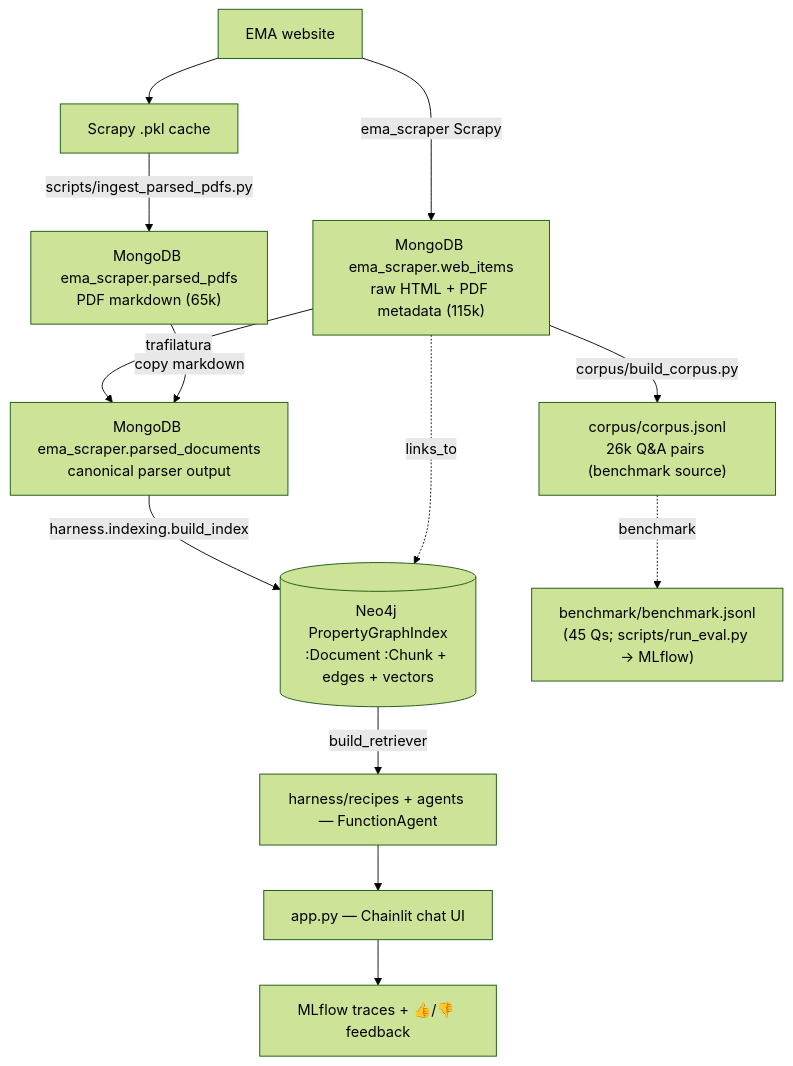
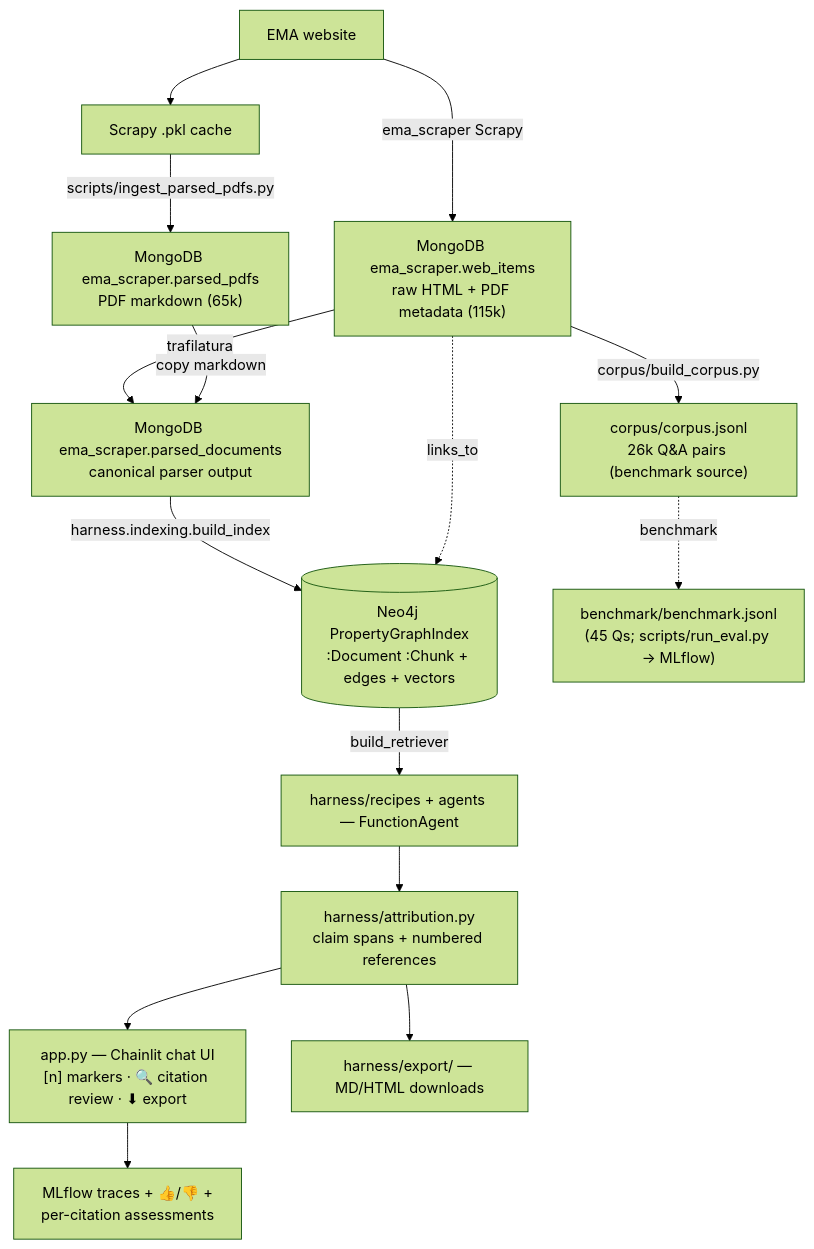
The diagram in docs/ARCHITECTURE.md (MoritzImendoerffer/ema_nlp), drawn with Mermaid (forest theme) before and after one commit. The commit also changed other lines of this file and 9 other files, not shown here.

````diff
--- a/docs/ARCHITECTURE.md
+++ b/docs/ARCHITECTURE.md
@@ -16,19 +16,21 @@
 ```mermaid
 flowchart TD
     EMA[EMA website] -->|ema_scraper Scrapy| WI["MongoDB ema_scraper.web_items<br/>raw HTML + PDF metadata (115k)"]
     EMA --> PPK[Scrapy .pkl cache]
     PPK -->|scripts/ingest_parsed_pdfs.py| PP["MongoDB ema_scraper.parsed_pdfs<br/>PDF markdown (65k)"]
 
     WI -->|trafilatura| PD["MongoDB ema_scraper.parsed_documents<br/>canonical parser output"]
     PP -->|copy markdown| PD
 
     WI -->|corpus/build_corpus.py| CJ["corpus/corpus.jsonl<br/>26k Q&A pairs (benchmark source)"]
 
     PD -->|harness.indexing.build_index| NEO[("Neo4j PropertyGraphIndex<br/>:Document :Chunk + edges + vectors")]
     WI -. links_to .-> NEO
 
     NEO -->|build_retriever| WF["harness/recipes + agents — FunctionAgent"]
-    WF --> APP["app.py — Chainlit chat UI"]
-    APP --> PHX[MLflow traces + 👍/👎 feedback]
+    WF --> ATT["harness/attribution.py<br/>claim spans + numbered references"]
+    ATT --> APP["app.py — Chainlit chat UI<br/>[n] markers · 🔍 citation review · ⬇ export"]
+    APP --> PHX["MLflow traces + 👍/👎 +<br/>per-citation assessments"]
+    ATT --> EXP["harness/export/ — MD/HTML downloads"]
     CJ -.benchmark.-> BM["benchmark/benchmark.jsonl<br/>(45 Qs; scripts/run_eval.py → MLflow)"]
 ```
````
